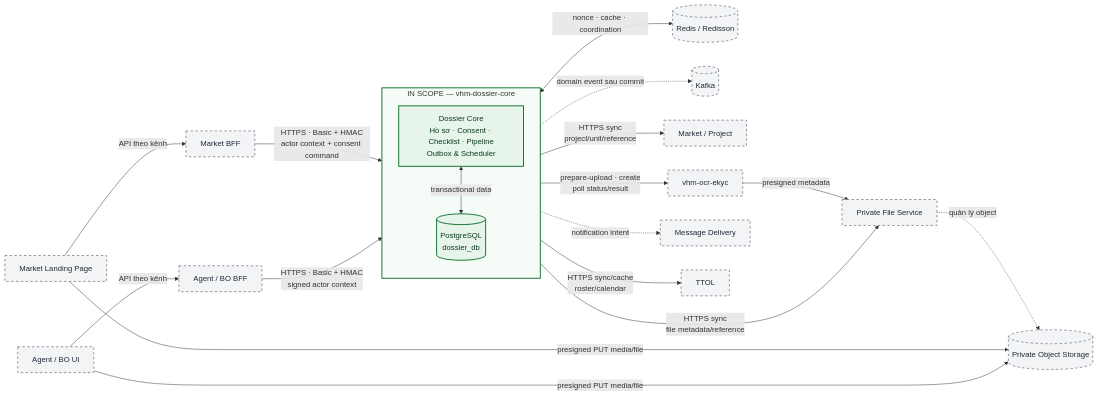
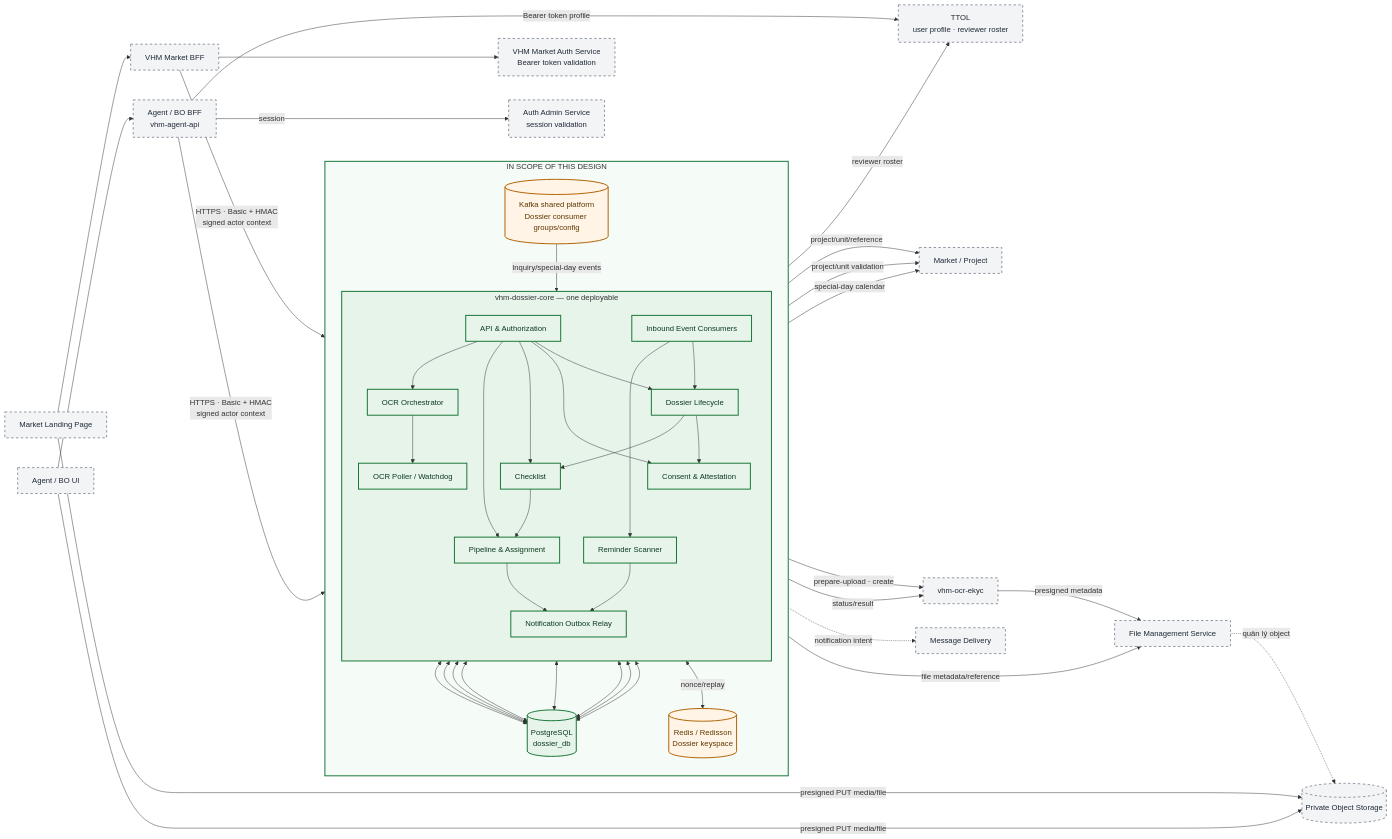
The third of 17 diagrams in tdd-dossier.md (huynv-xyz/vhm), drawn with Mermaid before and after one commit. The commit also changed other lines of this file, not shown here.

````diff
--- a/tdd-dossier.md
+++ b/tdd-dossier.md
@@ -521,46 +529,85 @@
 ```mermaid
 flowchart LR
     classDef inScope fill:#E6F4EA,stroke:#137333,stroke-width:2px,color:#0D3B1E
+    classDef platformScope fill:#FFF4E5,stroke:#B06000,stroke-width:2px,color:#5F3700
     classDef external fill:#F3F4F6,stroke:#6B7280,stroke-width:1.5px,stroke-dasharray:5 5,color:#1F2937
 
-    LANDING[Market Landing Page]
-    MARKET[Market BFF]
-    CHANNEL[Agent / BO UI]
-    AGENT[Agent / BO BFF]
+    MAUTH[VHM Market Auth Service<br/>Bearer token validation]
+    AGENT_AUTH[Auth Admin Service<br/>session validation]
+    LANDING[Market Landing Page] --> MARKET[VHM Market BFF]
+    CHANNEL[Agent / BO UI] --> AGENT[Agent / BO BFF<br/>vhm-agent-api]
+    MARKET --> MAUTH
+    AGENT -->|session| AGENT_AUTH
+    AGENT -->|Bearer token profile| TTOL
 
-    subgraph SCOPE[IN SCOPE — vhm-dossier-core]
+    subgraph DESIGN[IN SCOPE OF THIS DESIGN]
+      direction TB
+      subgraph CORE[vhm-dossier-core — one deployable]
         direction TB
-        CORE[Dossier Core<br/>Hồ sơ · Consent · Checklist · Pipeline<br/>Outbox & Scheduler]
+        API[API & Authorization]
+        DOS[Dossier Lifecycle]
+        CONS[Consent & Attestation]
+        CHK[Checklist]
+        PIPE[Pipeline & Assignment]
+        NOTIFY[Notification Outbox Relay]
+        INC[Inbound Event Consumers]
+        REM[Reminder Scanner]
+        ORCH[OCR Orchestrator]
+        POLL[OCR Poller / Watchdog]
+        API --> DOS
+        API --> CONS
+        API --> CHK
+        API --> PIPE
+        API --> ORCH
+        DOS --> CONS
+        DOS --> CHK
+        CHK --> PIPE
+        PIPE --> NOTIFY
+        INC --> DOS
+        INC --> REM
+        REM --> NOTIFY
+        ORCH --> POLL
+      end
         DB[(PostgreSQL<br/>dossier_db)]
-        CORE <-->|transactional data| DB
+        REDIS[(Redis / Redisson<br/>Dossier keyspace)]
+        KAFKA[(Kafka shared platform<br/>Dossier consumer groups/config)]
+        DOS <--> DB
+        CONS <--> DB
+        CHK <--> DB
+        PIPE <--> DB
+        NOTIFY <--> DB
+        REM <--> DB
+        ORCH <--> DB
+        POLL <--> DB
+        API <-->|nonce/replay| REDIS
+        KAFKA -->|Inquiry/special-day events| INC
     end
 
-    REDIS[(Redis / Redisson)]
-    KAFKA[(Kafka)]
-    FILE[Private File Service]
+    FILE[File Management Service]
     STORE[(Private Object Storage)]
     PROJECT[Market / Project]
     OCR[vhm-ocr-ekyc]
     MSG[Message Delivery]
-    TTOL[TTOL]
+    TTOL[TTOL<br/>user profile · reviewer roster]
 
-    LANDING -->|API theo kênh| MARKET
-    CHANNEL -->|API theo kênh| AGENT
-    MARKET -->|HTTPS · Basic + HMAC<br/>actor context + consent command| CORE
-    AGENT -->|HTTPS · Basic + HMAC<br/>signed actor context| CORE
-    CORE <-->|nonce · cache · coordination| REDIS
-    CORE -.->|domain event sau commit| KAFKA
-    CORE -->|HTTPS sync<br/>file metadata/reference| FILE
-    CORE -->|HTTPS sync<br/>project/unit/reference| PROJECT
-    CORE -->|prepare-upload · create<br/>poll status/result| OCR
+    MARKET -->|HTTPS · Basic + HMAC<br/>signed actor context| API
+    AGENT -->|HTTPS · Basic + HMAC<br/>signed actor context| API
+    DOS -->|file metadata/reference| FILE
+    DOS -->|project/unit/reference| PROJECT
+    PIPE -->|project/unit validation| PROJECT
+    PIPE -->|reviewer roster| TTOL
+    REM -->|special-day calendar| PROJECT
+    ORCH -->|prepare-upload · create| OCR
+    POLL -->|status/result| OCR
     OCR -->|presigned metadata| FILE
     FILE -.->|quản lý object| STORE
     LANDING -->|presigned PUT media/file| STORE
     CHANNEL -->|presigned PUT media/file| STORE
-    CORE -.->|notification intent| MSG
-    CORE -->|HTTPS sync/cache<br/>roster/calendar| TTOL
+    NOTIFY -.->|notification intent| MSG
 
-    class CORE,DB inScope
-    class LANDING,MARKET,CHANNEL,AGENT,REDIS,KAFKA,FILE,STORE,PROJECT,OCR,MSG,TTOL external
-    style SCOPE fill:#F5FBF6,stroke:#137333,stroke-width:2px
+    class API,DOS,CONS,CHK,PIPE,NOTIFY,INC,REM,ORCH,POLL,DB inScope
+    class REDIS,KAFKA platformScope
+    class MAUTH,AGENT_AUTH,LANDING,MARKET,CHANNEL,AGENT,FILE,STORE,PROJECT,OCR,MSG,TTOL external
+    style DESIGN fill:#F5FBF6,stroke:#137333,stroke-width:2px
+    style CORE fill:#E6F4EA,stroke:#137333,stroke-width:2px
 ```
````
